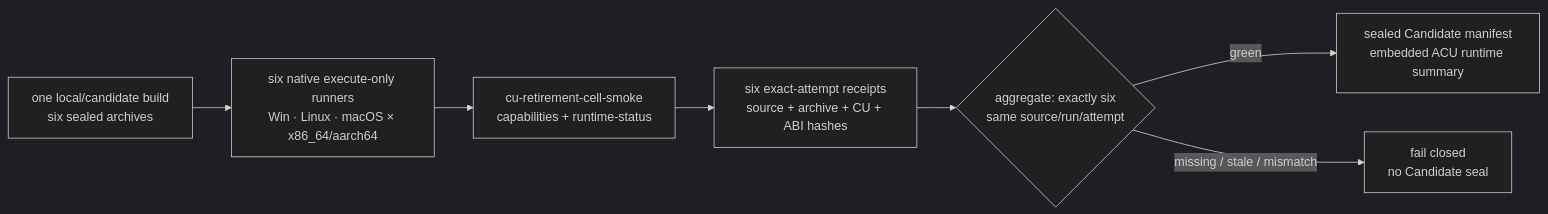
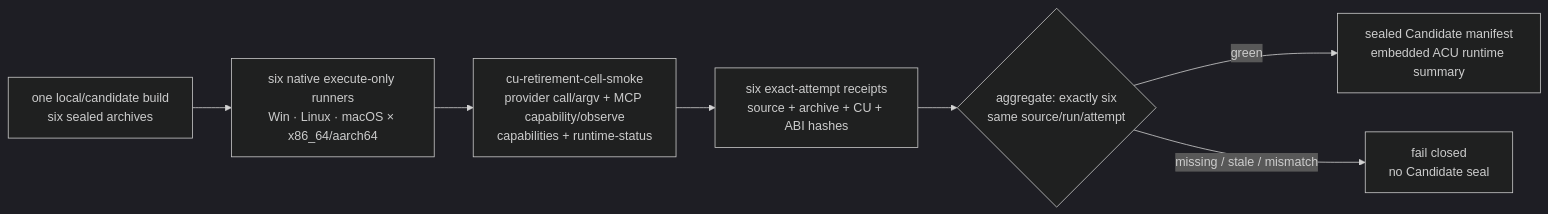
One commit to partnernetsoftware/agenterm changed the third of 19 diagrams in prd/PRD_02_28_agenterm_cu.md. Above: the diagram before and after it, drawn with Mermaid (dark theme). The commit also changed other lines of this file and 19 other files, not shown here.

````diff
--- a/prd/PRD_02_28_agenterm_cu.md
+++ b/prd/PRD_02_28_agenterm_cu.md
@@ -426,13 +428,13 @@
 ```mermaid
 flowchart LR
   B["one local/candidate build<br/>six sealed archives"]
   R["six native execute-only runners<br/>Win · Linux · macOS × x86_64/aarch64"]
-  C["cu-retirement-cell-smoke<br/>capabilities + runtime-status"]
+  C["cu-retirement-cell-smoke<br/>provider call/argv + MCP capability/observe<br/>capabilities + runtime-status"]
   E["six exact-attempt receipts<br/>source + archive + CU + ABI hashes"]
   A{"aggregate: exactly six<br/>same source/run/attempt"}
   M["sealed Candidate manifest<br/>embedded ACU runtime summary"]
   X["fail closed<br/>no Candidate seal"]
   B --> R --> C --> E --> A
   A -->|green| M
   A -->|missing / stale / mismatch| X
 ```
````
